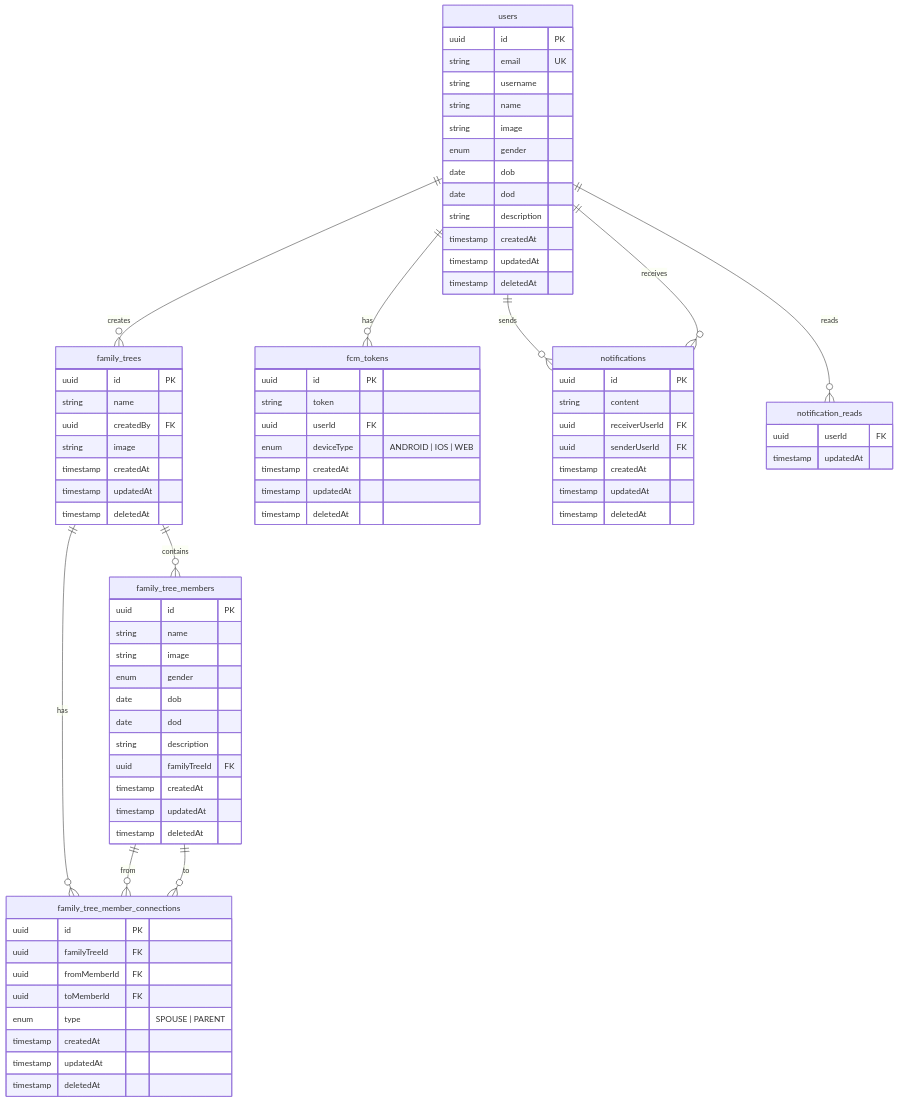
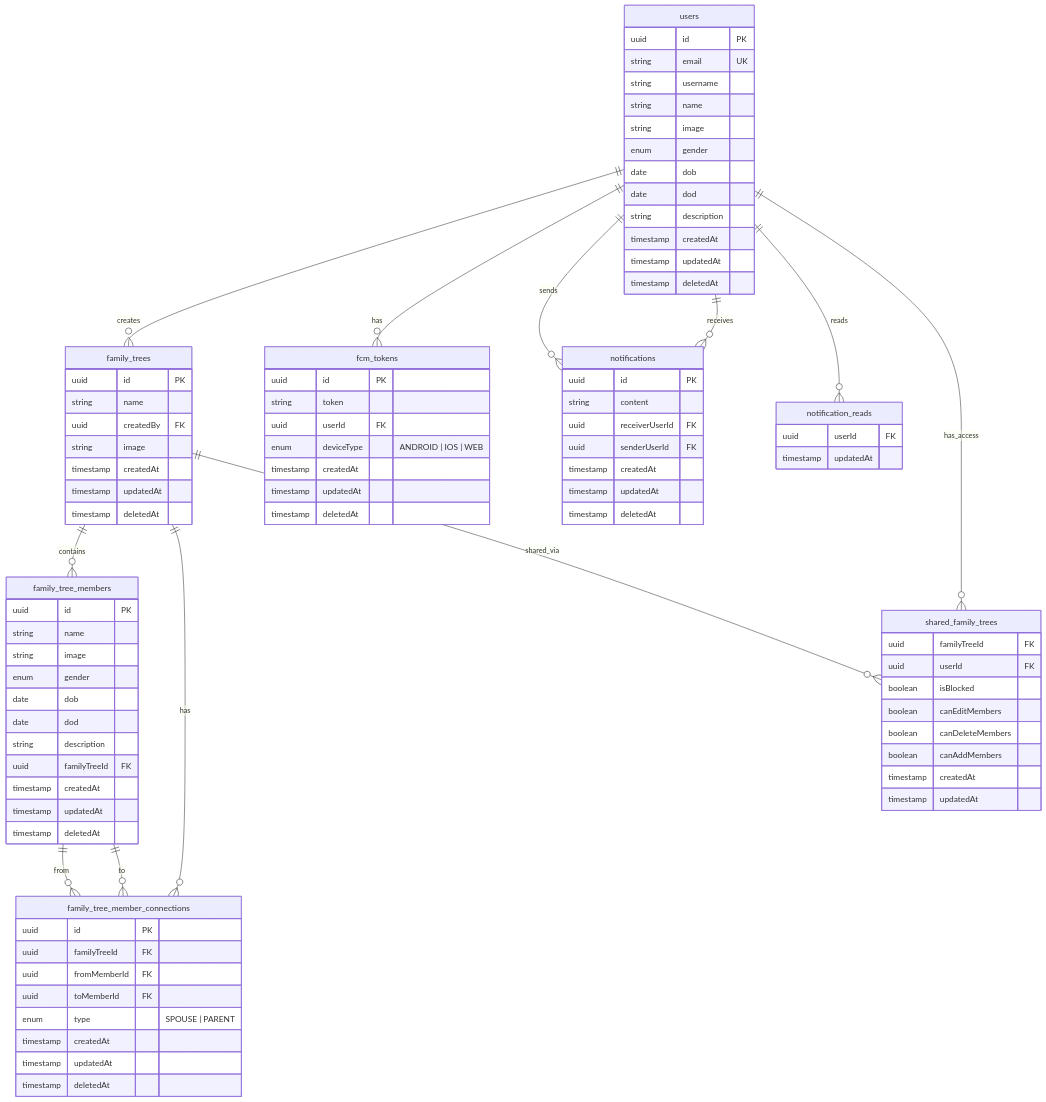
The diagram in apps/api/README.md (Xayrulloh/Family-Tree), drawn with Mermaid before and after one commit. The commit also changed other lines of this file and 8 other files, not shown here.

```diff
--- a/apps/api/README.md
+++ b/apps/api/README.md
@@ -110,6 +117,9 @@
     
     family_trees ||--o{ family_tree_members : "contains"
     family_trees ||--o{ family_tree_member_connections : "has"
+    family_trees ||--o{ shared_family_trees : "shared_via"
+    
+    users ||--o{ shared_family_trees : "has_access"
     
     family_tree_members ||--o{ family_tree_member_connections : "from"
     family_tree_members ||--o{ family_tree_member_connections : "to"
@@ -163,6 +173,17 @@
         timestamp updatedAt
         timestamp deletedAt
     }
+
+    shared_family_trees {
+        uuid familyTreeId FK
+        uuid userId FK
+        boolean isBlocked
+        boolean canEditMembers
+        boolean canDeleteMembers
+        boolean canAddMembers
+        timestamp createdAt
+        timestamp updatedAt
+    }
     
     fcm_tokens {
         uuid id PK
```
